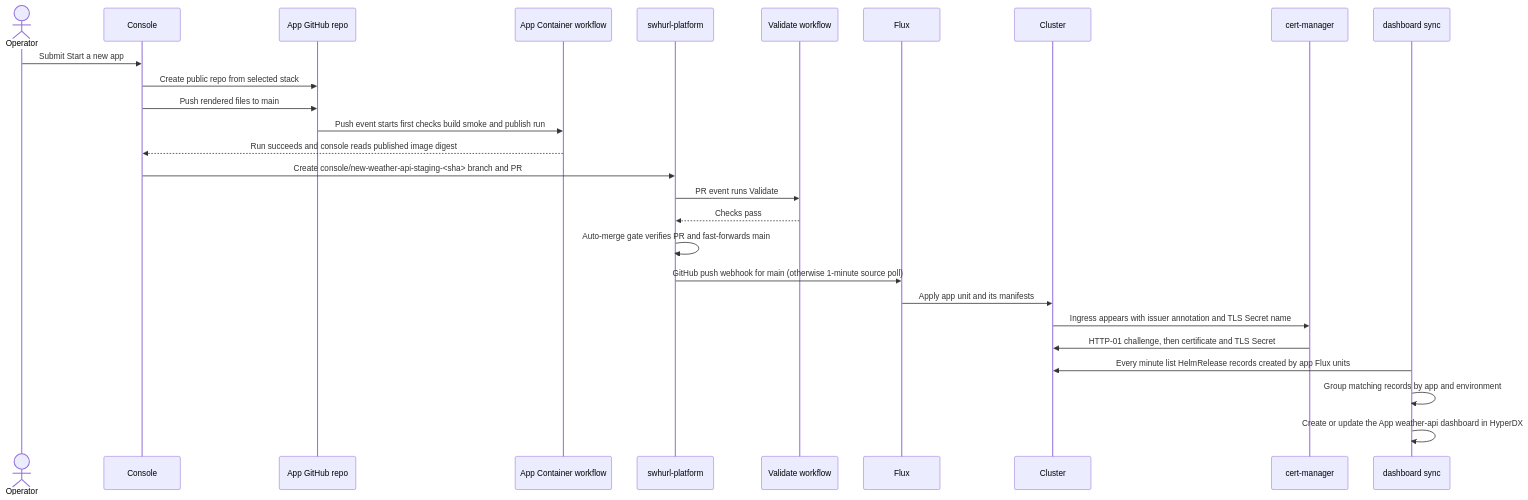
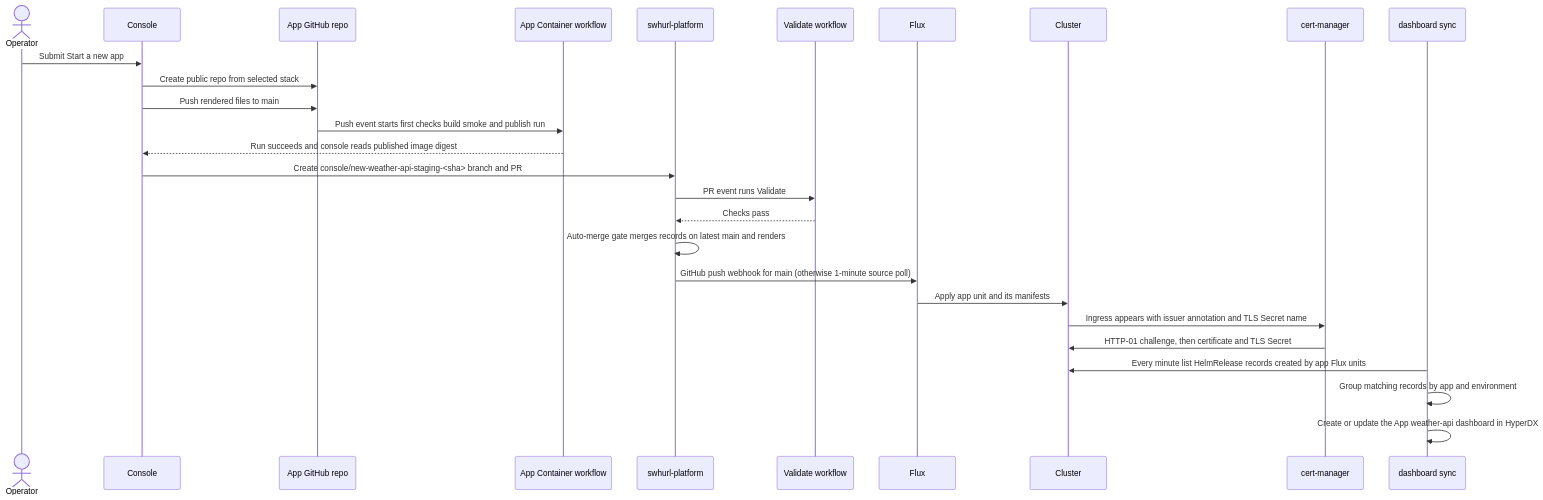
The second of 10 diagrams in docs/apps.md (samclement/swhurl-platform), drawn with Mermaid before and after one commit. The commit also changed other lines of this file and 13 other files, not shown here.

Commit message:
console: merge records-only new-app PRs and allocate on main

````diff
--- a/docs/apps.md
+++ b/docs/apps.md
@@ -67,30 +67,30 @@
 ```mermaid
 sequenceDiagram
   actor Operator
   participant Console
   participant AppRepo as App GitHub repo
   participant Actions as App Container workflow
   participant Platform as swhurl-platform
   participant Validate as Validate workflow
   participant Flux
   participant Cluster
   participant CM as cert-manager
   participant Dash as dashboard sync
 
   Operator->>Console: Submit Start a new app
   Console->>AppRepo: Create public repo from selected stack
   Console->>AppRepo: Push rendered files to main
   AppRepo->>Actions: Push event starts first checks build smoke and publish run
   Actions-->>Console: Run succeeds and console reads published image digest
   Console->>Platform: Create console/new-weather-api-staging-<sha> branch and PR
   Platform->>Validate: PR event runs Validate
   Validate-->>Platform: Checks pass
-  Platform->>Platform: Auto-merge gate verifies PR and fast-forwards main
+  Platform->>Platform: Auto-merge gate merges records on latest main and renders
   Platform->>Flux: GitHub push webhook for main (otherwise 1-minute source poll)
   Flux->>Cluster: Apply app unit and its manifests
   Cluster->>CM: Ingress appears with issuer annotation and TLS Secret name
   CM->>Cluster: HTTP-01 challenge, then certificate and TLS Secret
   Dash->>Cluster: Every minute list HelmRelease records created by app Flux units
   Dash->>Dash: Group matching records by app and environment
   Dash->>Dash: Create or update the App weather-api dashboard in HyperDX
 ```
````
